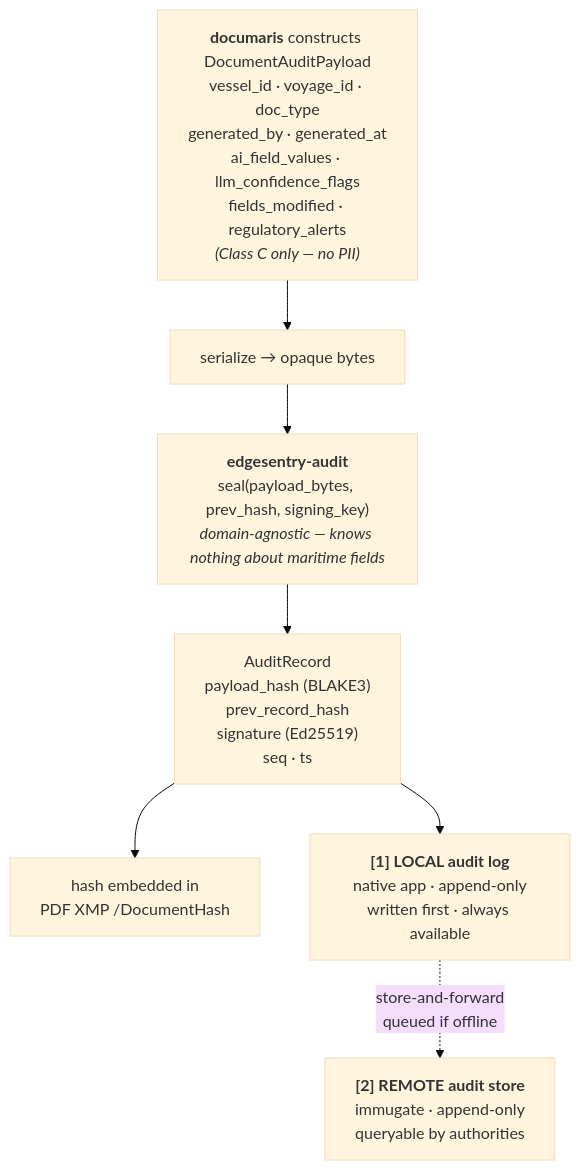
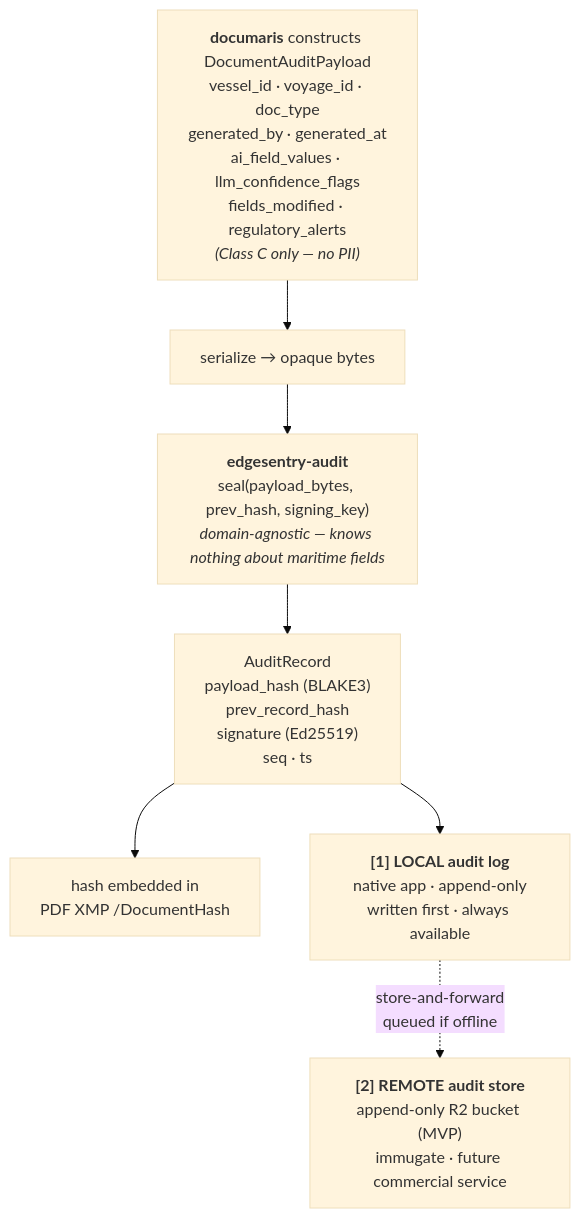
One commit to edgesentry/documaris changed the second of 4 diagrams in docs/architecture.md. Above: the diagram before and after it, drawn with Mermaid (base theme). The commit also changed other lines of this file, not shown here.

First line of the commit message:
immugate is a future commercial service; MVP uses append-only R2

````diff
--- a/docs/architecture.md
+++ b/docs/architecture.md
@@ -135,15 +141,15 @@
 ```mermaid
 flowchart TD
     payload["<b>documaris</b> constructs DocumentAuditPayload\nvessel_id · voyage_id · doc_type\ngenerated_by · generated_at\nai_field_values · llm_confidence_flags\nfields_modified · regulatory_alerts\n<i>(Class C only — no PII)</i>"]
     bytes["serialize → opaque bytes"]
     seal["<b>edgesentry-audit</b>\nseal(payload_bytes, prev_hash, signing_key)\n<i>domain-agnostic — knows nothing about maritime fields</i>"]
     record["AuditRecord\npayload_hash (BLAKE3)\nprev_record_hash\nsignature (Ed25519)\nseq · ts"]
     xmp["hash embedded in\nPDF XMP /DocumentHash"]
     local["<b>[1] LOCAL audit log</b>\nnative app · append-only\nwritten first · always available"]
-    remote["<b>[2] REMOTE audit store</b>\nimmugate · append-only\nqueryable by authorities"]
+    remote["<b>[2] REMOTE audit store</b>\nappend-only R2 bucket (MVP)\nimmugate · future commercial service"]
 
     payload --> bytes --> seal --> record
     record --> xmp
     record --> local
     local -.->|"store-and-forward\nqueued if offline"| remote
 ```
````
